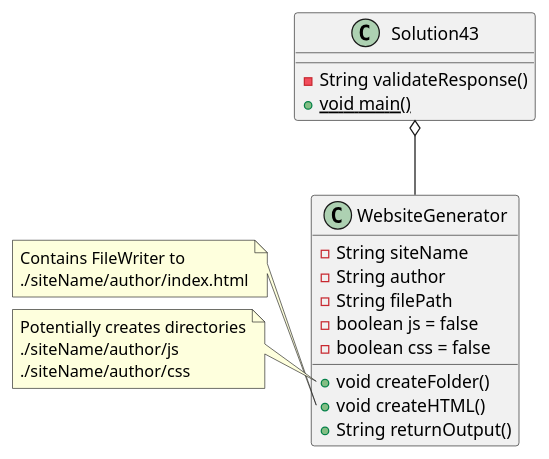
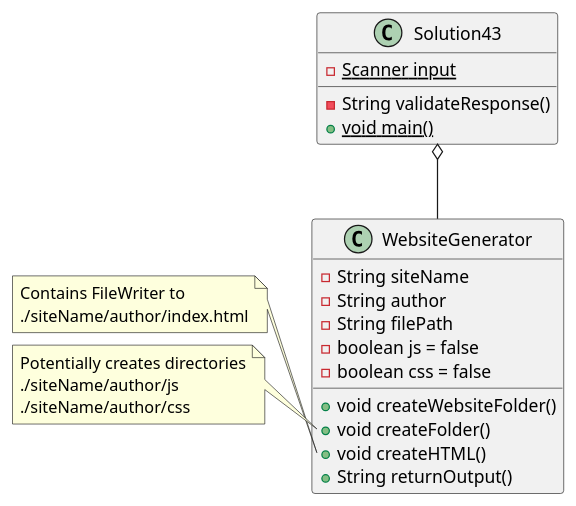
One commit to lastingParadox/preston-a04 changed the diagram in exercise43/docs/classes.puml. Above: the diagram before and after it, drawn with PlantUML. The commit also changed 4 other files, not shown here.

```diff
--- a/exercise43/docs/classes.puml
+++ b/exercise43/docs/classes.puml
@@ -1,33 +1,36 @@
 @startuml
 
 class Solution43 {
+    -{static}Scanner input
+
     -String validateResponse()
     +{static} void main()
 }
 
 class WebsiteGenerator {
     -String siteName
     -String author
     -String filePath
     -boolean js = false
     -boolean css = false
 
+    +void createWebsiteFolder()
     +void createFolder()
     +void createHTML()
     +String returnOutput()
 }
 
 Solution43 o-- WebsiteGenerator
 
 note left of WebsiteGenerator::createHTML
     Contains FileWriter to
     ./siteName/author/index.html
 end note
 
 note left of WebsiteGenerator::createFolder
     Potentially creates directories
     ./siteName/author/js
     ./siteName/author/css
 end note
 
 @enduml
```
